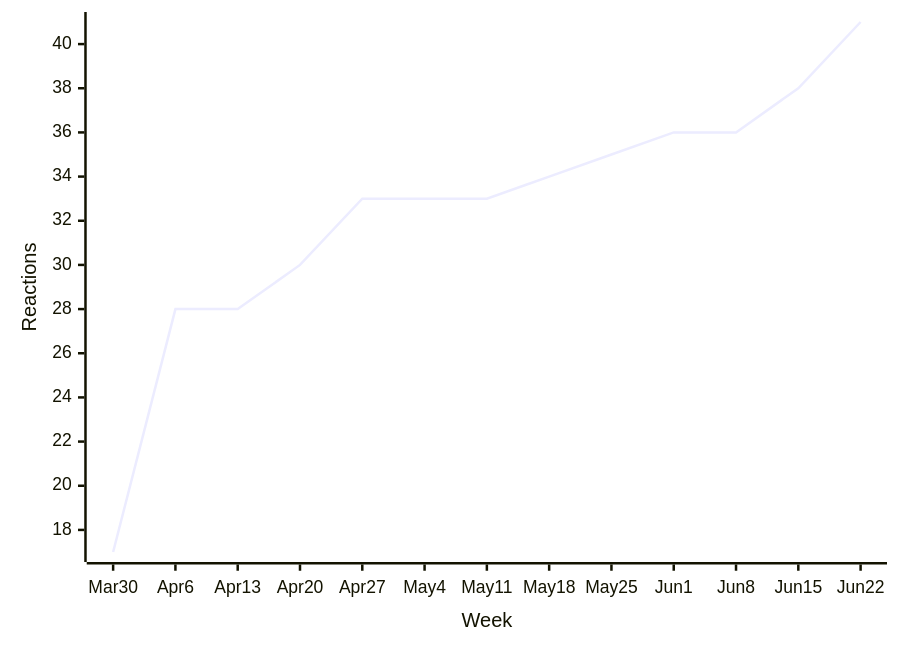
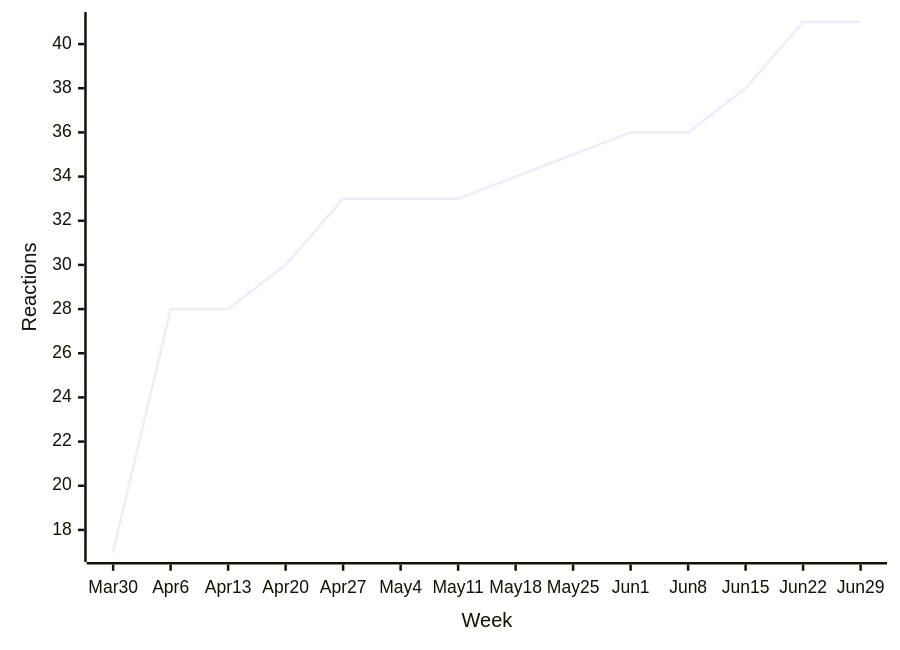
The fifth of 48 diagrams in README.md (loic-sharma/github-insights), drawn with Mermaid before and after one commit. The commit also changed other lines of this file and 3 other files, not shown here.

````diff
--- a/README.md
+++ b/README.md
@@ -407,6 +407,6 @@
   ```mermaid
   xychart-beta
-    x-axis "Week" [Mar 30, Apr 6, Apr 13, Apr 20, Apr 27, May 4, May 11, May 18, May 25, Jun 1, Jun 8, Jun 15, Jun 22]
+    x-axis "Week" [Mar 30, Apr 6, Apr 13, Apr 20, Apr 27, May 4, May 11, May 18, May 25, Jun 1, Jun 8, Jun 15, Jun 22, Jun 29]
     y-axis "Reactions"
-    line [17, 28, 28, 30, 33, 33, 33, 34, 35, 36, 36, 38, 41]
+    line [17, 28, 28, 30, 33, 33, 33, 34, 35, 36, 36, 38, 41, 41]
   ```
````
